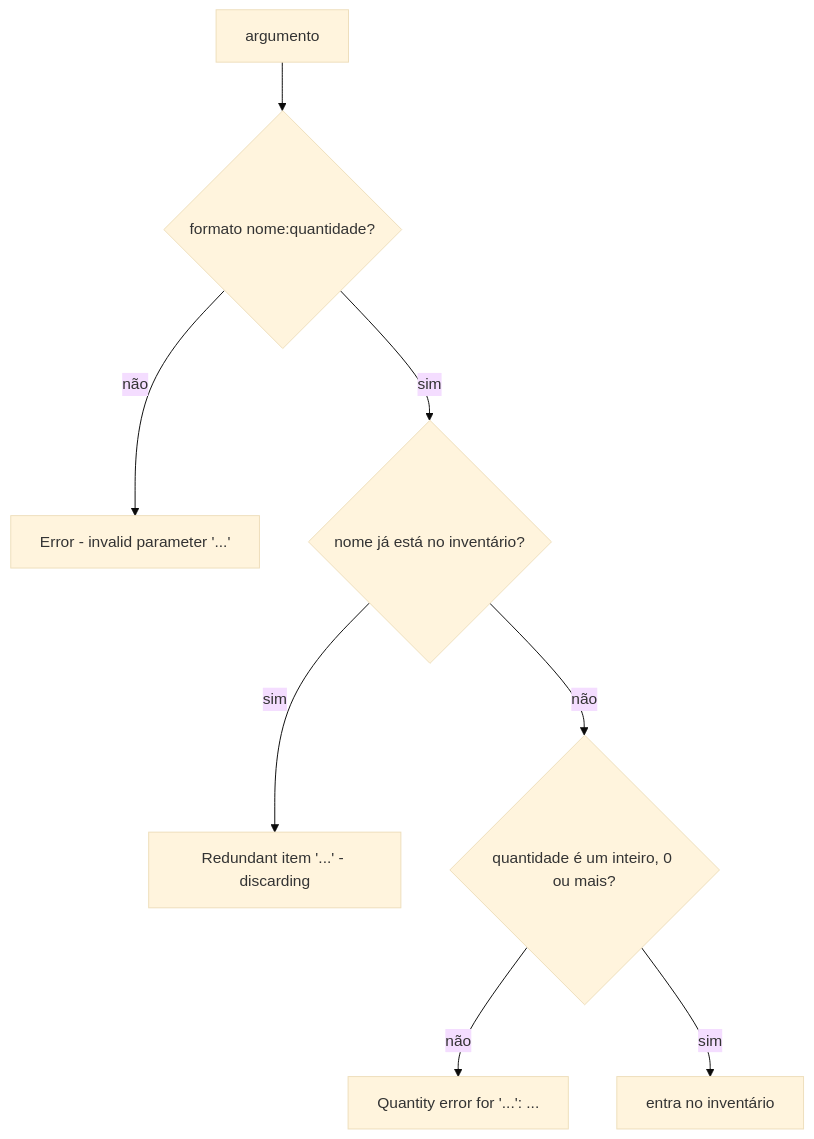
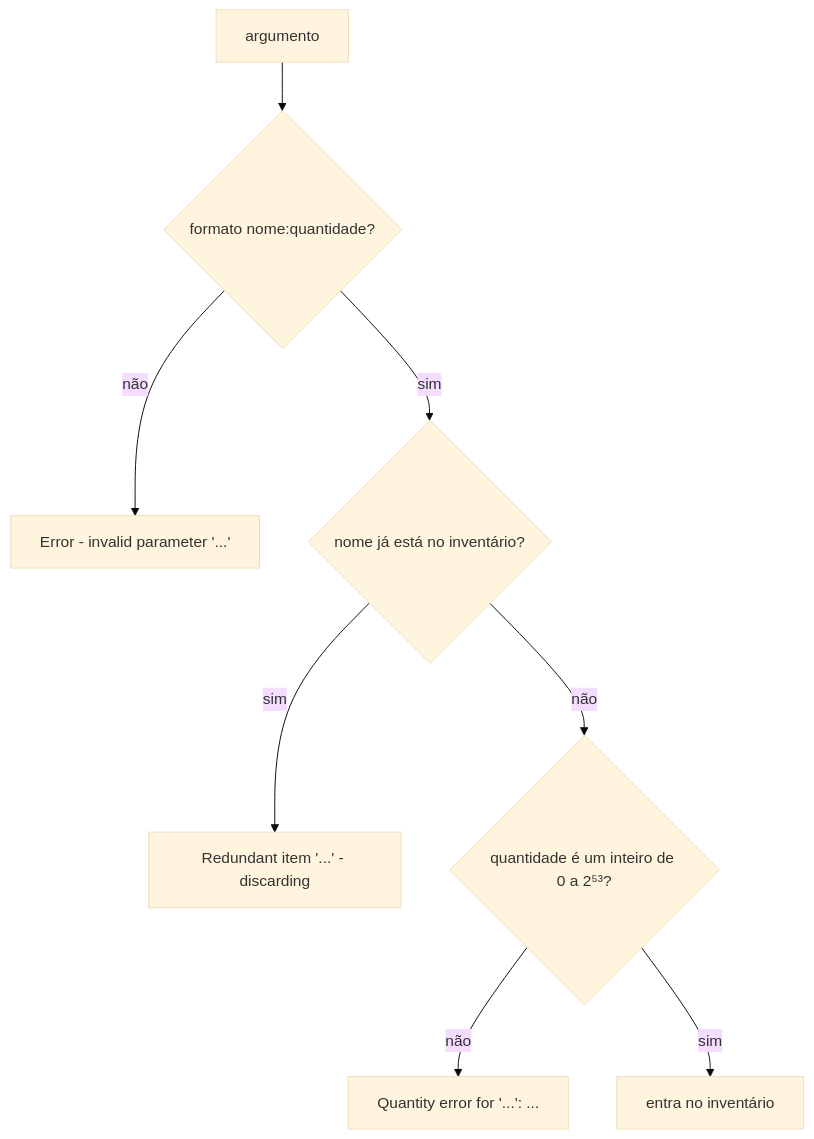
Before and after one commit to navegar-sistemas/dojo: the diagram in python/python-modulo-03/tutorial/docs/07-ex4/03-ler-os-parametros.md, drawn with Mermaid (base theme). The commit also changed other lines of this file and 329 other files, not shown here.

````diff
--- a/python/python-modulo-03/tutorial/docs/07-ex4/03-ler-os-parametros.md
+++ b/python/python-modulo-03/tutorial/docs/07-ex4/03-ler-os-parametros.md
@@ -11,10 +11,10 @@
 ```mermaid
 flowchart TD
     A["argumento"] --> B{"formato nome:quantidade?"}
     B -- não --> C["Error - invalid parameter '...'"]
     B -- sim --> D{"nome já está no inventário?"}
     D -- sim --> E["Redundant item '...' - discarding"]
-    D -- não --> F{"quantidade é um inteiro, 0 ou mais?"}
+    D -- não --> F{"quantidade é um inteiro de 0 a 2⁵³?"}
     F -- não --> G["Quantity error for '...': ..."]
     F -- sim --> H["entra no inventário"]
 ```
````
